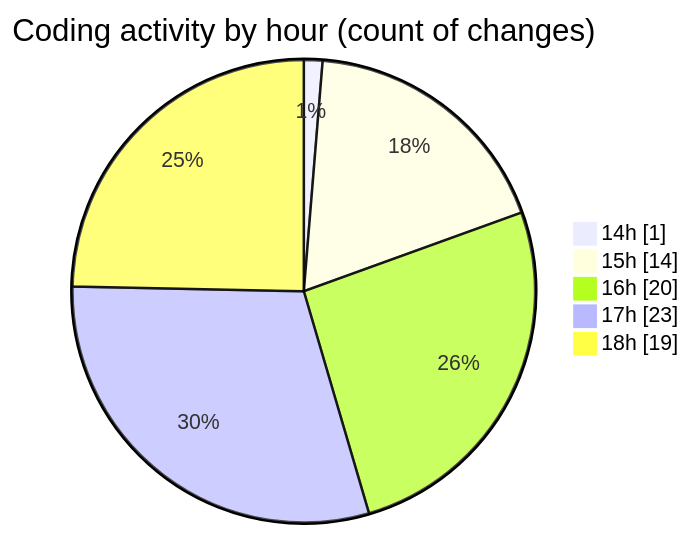
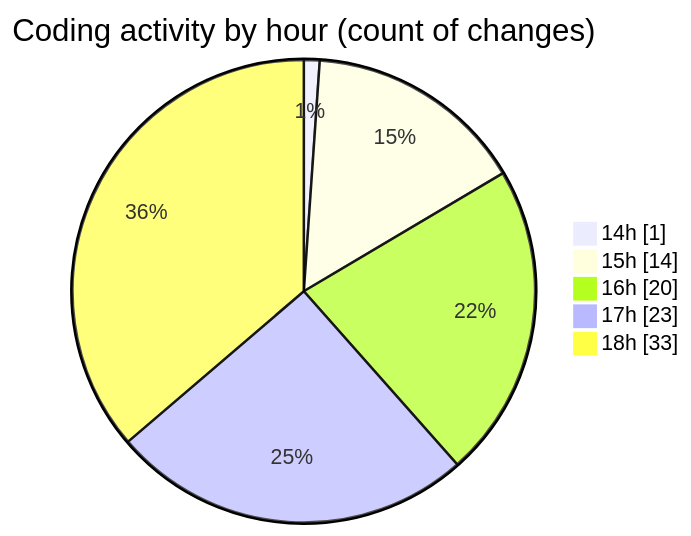
The second of 2 diagrams in 2025-05-12/argos-dev/README.md (nxtqubesakshisongat/code-tracking), drawn with Mermaid before and after one commit. The commit also changed other lines of this file and 1 other file, not shown here.

````diff
--- a/2025-05-12/argos-dev/README.md
+++ b/2025-05-12/argos-dev/README.md
@@ -34,9 +34,9 @@
 ```mermaid
 pie showData
 title Coding activity by hour (count of changes)
 "14h" : 1
 "15h" : 14
 "16h" : 20
 "17h" : 23
-"18h" : 19
+"18h" : 33
 ```
````
